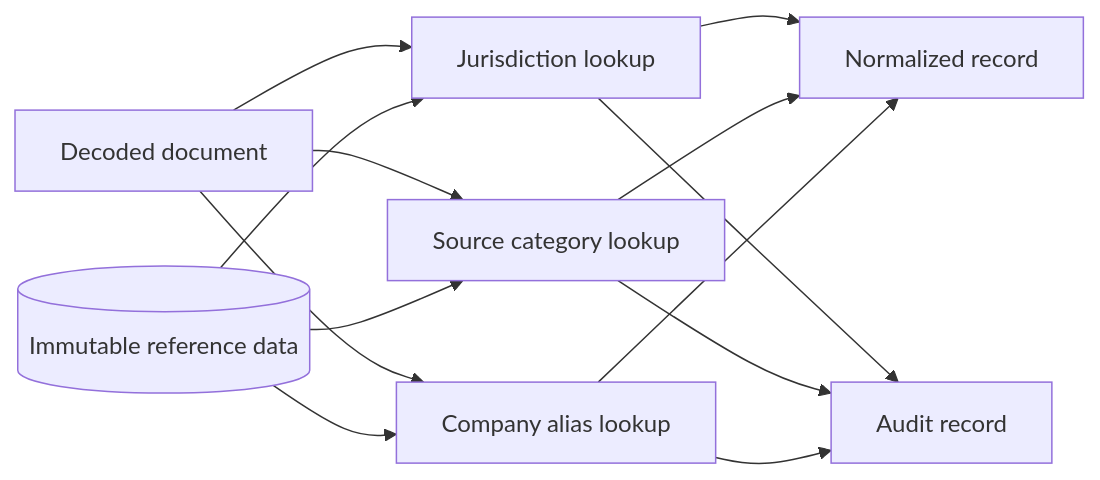
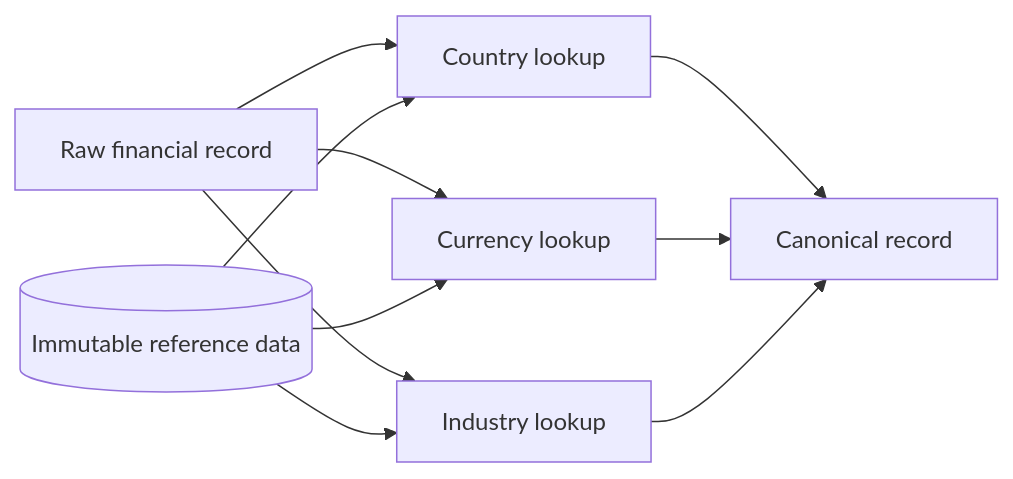
The second of 2 diagrams in docs/domain.md (sergiorf/throughput-cpp-lab), drawn with Mermaid before and after one commit. The commit also changed other lines of this file and 69 other files, not shown here.

````diff
--- a/docs/domain.md
+++ b/docs/domain.md
@@ -103,18 +52,14 @@
 ```mermaid
 flowchart LR
-    decoded[Decoded document] --> jurisdiction[Jurisdiction lookup]
-    decoded --> category[Source category lookup]
-    decoded --> alias[Company alias lookup]
-
+    raw[Raw financial record]
     ref[(Immutable reference data)]
-    ref --> jurisdiction
-    ref --> category
-    ref --> alias
-
-    jurisdiction --> normalized[Normalized record]
-    category --> normalized
-    alias --> normalized
-    jurisdiction --> audit[Audit record]
-    category --> audit
-    alias --> audit
+    raw --> country[Country lookup]
+    raw --> currency[Currency lookup]
+    raw --> industry[Industry lookup]
+    ref --> country
+    ref --> currency
+    ref --> industry
+    country --> canonical[Canonical record]
+    currency --> canonical
+    industry --> canonical
 ```
````
